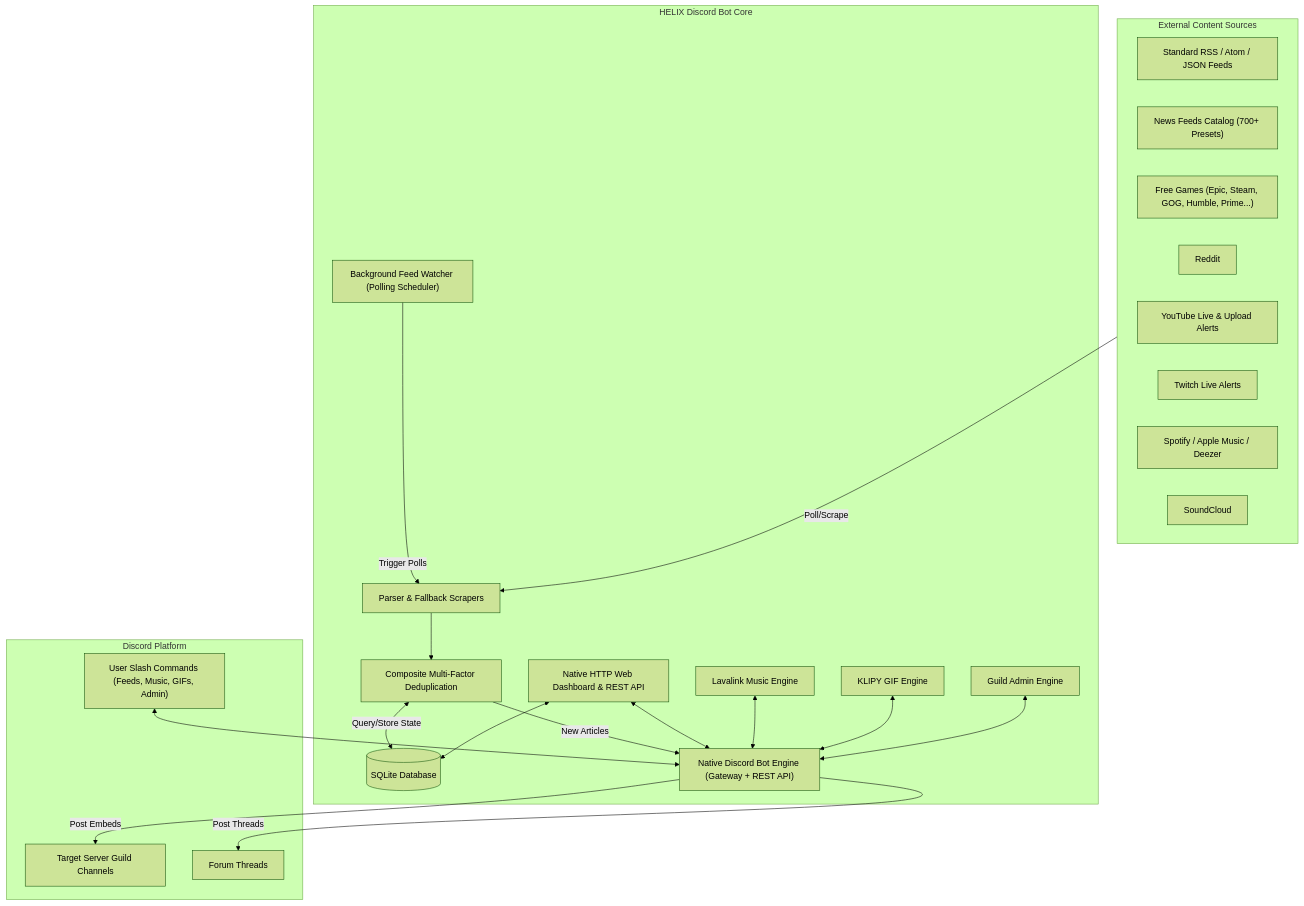
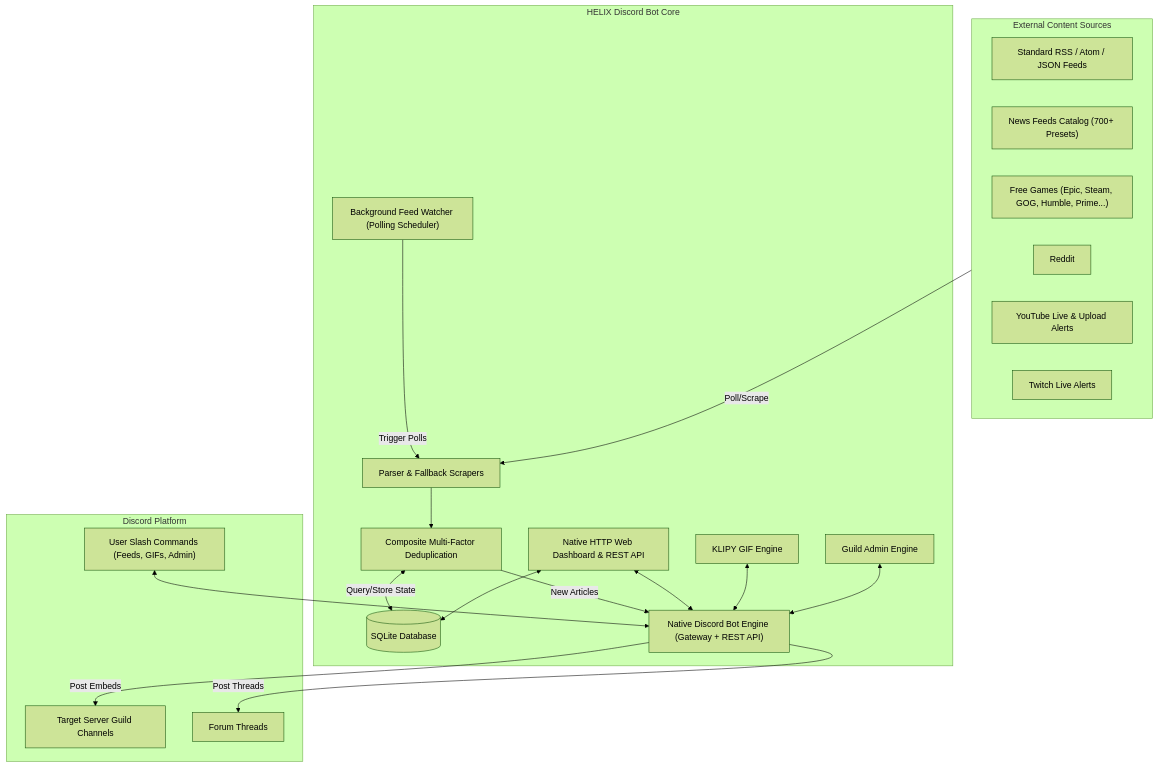
The diagram in wiki/HOME.md (HELIX-Origin/HELIX-Discord-Bot), drawn with Mermaid (forest theme) before and after one commit. The commit also changed other lines of this file and 79 other files, not shown here.

Commit message:
✨ feat(core): retire lavalink music, update vps directory to /opt, and release v0.5.0

````diff
--- a/wiki/HOME.md
+++ b/wiki/HOME.md
@@ -30,45 +29,41 @@
 ```mermaid
 flowchart TD
     subgraph Sources["External Content Sources"]
         RSS["Standard RSS / Atom / JSON Feeds"]
         News["News Feeds Catalog (700+ Presets)"]
         Games["Free Games (Epic, Steam, GOG, Humble, Prime...)"]
         Social["Reddit"]
         YouTube["YouTube Live & Upload Alerts"]
         Twitch["Twitch Live Alerts"]
-        Spotify["Spotify / Apple Music / Deezer"]
-        SoundCloud["SoundCloud"]
     end
 
     subgraph CoreEngine["HELIX Discord Bot Core"]
         Watcher["Background Feed Watcher (Polling Scheduler)"]
         Parser["Parser & Fallback Scrapers"]
         Dedup["Composite Multi-Factor Deduplication"]
         DB[(SQLite Database)]
         Bot["Native Discord Bot Engine (Gateway + REST API)"]
         Web["Native HTTP Web Dashboard & REST API"]
-        Lavalink["Lavalink Music Engine"]
         GIF["KLIPY GIF Engine"]
         Admin["Guild Admin Engine"]
     end
 
     subgraph Discord["Discord Platform"]
         Channels["Target Server Guild Channels"]
         Threads["Forum Threads"]
-        SlashCmd["User Slash Commands (Feeds, Music, GIFs, Admin)"]
+        SlashCmd["User Slash Commands (Feeds, GIFs, Admin)"]
     end
 
     Sources -->|Poll/Scrape| Parser
     Watcher -->|Trigger Polls| Parser
     Parser --> Dedup
     Dedup <-->|Query/Store State| DB
     Dedup -->|New Articles| Bot
     Bot -->|Post Embeds| Channels
     Bot -->|Post Threads| Threads
     SlashCmd <--> Bot
     Web <--> DB
     Web <--> Bot
-    Lavalink <--> Bot
     GIF <--> Bot
     Admin <--> Bot
 ```
````
